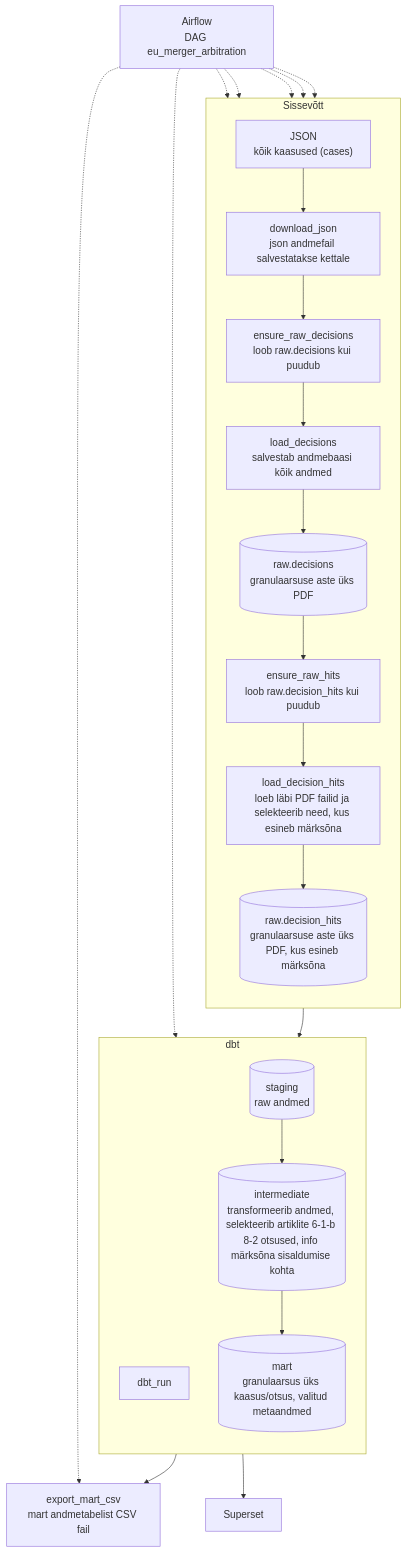
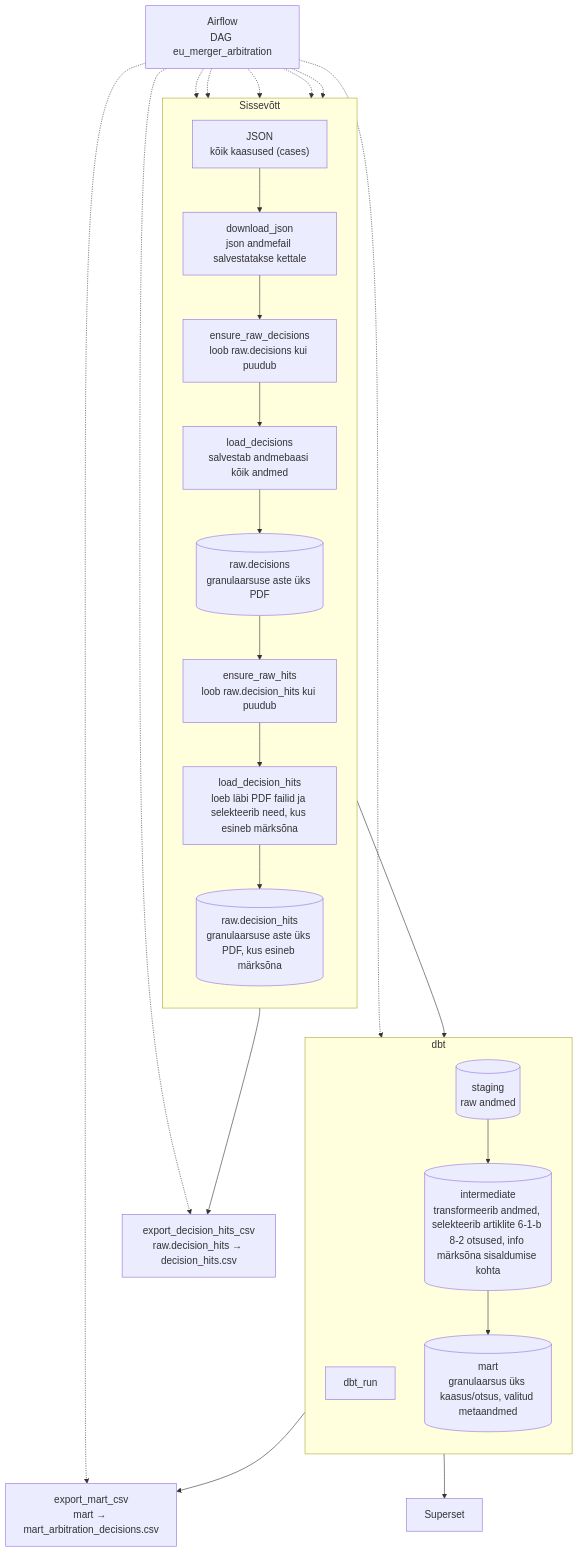
Before and after one commit to eu-merger-cases-analytics/eu-merger-arbitration-pipeline: the diagram in docs/architecture.md, drawn with Mermaid. The commit also changed 11 other files, not shown here.

Commit message:
Added Airflow schedule time to separate file; Added hits  csv geneartion to pipeline; Updated docs.

````diff
--- a/docs/architecture.md
+++ b/docs/architecture.md
@@ -31,40 +31,43 @@
 ```mermaid
 %%{init: {"themeVariables": {"fontSize": "17px"}}}%%
 flowchart TB
     subgraph ing [Sissevõtt]
         direction TB
         ec["JSON<br/>kõik kaasused (cases)"]
         dl["download_json<br/>json andmefail salvestatakse kettale"]
         erD["ensure_raw_decisions<br/>loob raw.decisions kui puudub"]
         ld["load_decisions<br/>salvestab andmebaasi kõik andmed"]
         rawD[("raw.decisions<br/>granulaarsuse aste üks PDF")]
         erH["ensure_raw_hits<br/>loob raw.decision_hits kui puudub"]
         lh["load_decision_hits<br/>loeb läbi PDF failid ja selekteerib need, kus esineb märksõna"]
         rawH[("raw.decision_hits<br/>granulaarsuse aste üks PDF, kus esineb märksõna")]
         ec --> dl --> erD --> ld --> rawD --> erH --> lh --> rawH
     end
 
     subgraph dbtL [dbt]
         direction TB
         dbtRun[dbt_run]
         stg[("staging<br/>raw andmed")]
         inte[("intermediate<br/>transformeerib andmed, selekteerib artiklite 6-1-b 8-2 otsused, info märksõna sisaldumise kohta")]
         mart[("mart<br/>granulaarsus üks kaasus/otsus, valitud metaandmed")]
         stg --> inte --> mart
     end
 
     ss[Superset]
-    exp["export_mart_csv<br/>mart andmetabelist CSV fail"]
+    expH["export_decision_hits_csv<br/>raw.decision_hits → decision_hits.csv"]
+    expM["export_mart_csv<br/>mart → mart_arbitration_decisions.csv"]
     af["Airflow<br/>DAG eu_merger_arbitration"]
 
     rawH --> stg
     mart --> ss
-    mart --> exp
+    rawH --> expH
+    mart --> expM
     af -.-> dl
     af -.-> erD
     af -.-> ld
     af -.-> erH
     af -.-> lh
     af -.-> dbtRun
-    af -.-> exp
+    af -.-> expH
+    af -.-> expM
 ```
````
